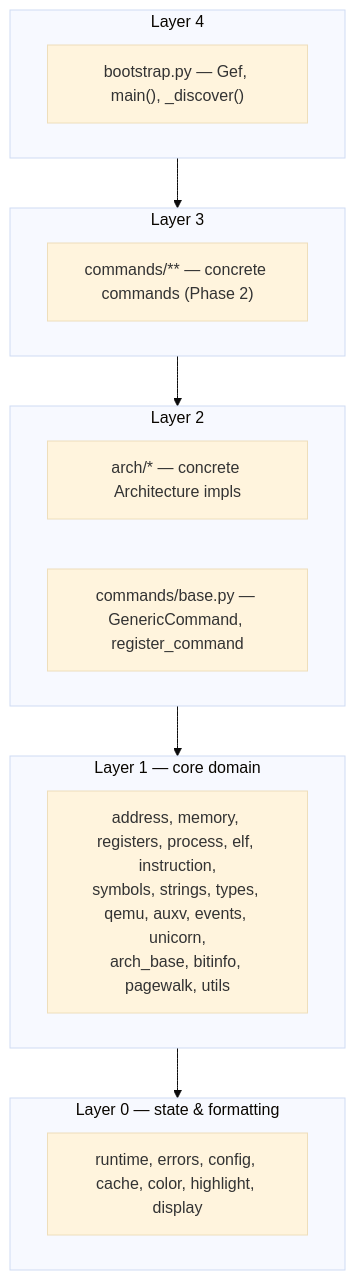
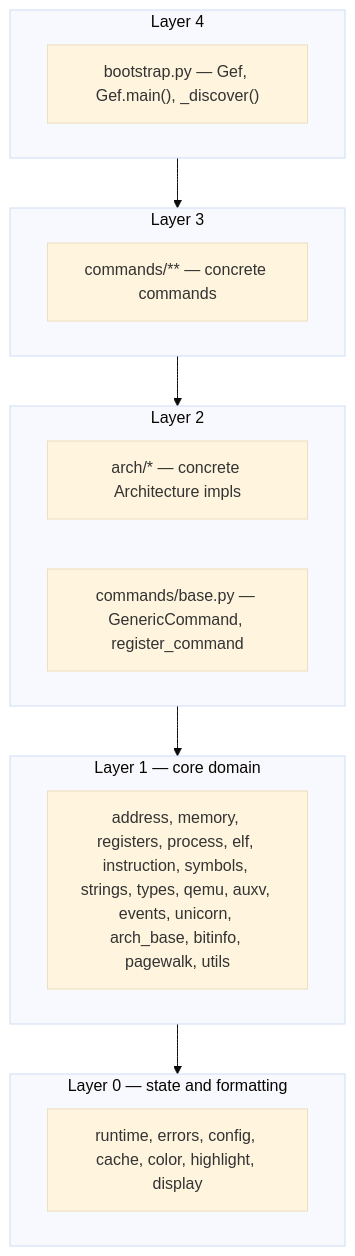
One commit to MarcoApollonio02/gef changed the diagram in docs/ARCHITECTURE.md. Above: the diagram before and after it, drawn with Mermaid (base theme). The commit also changed other lines of this file, not shown here.

Commit message:
docs(ARCHITECTURE): full rewrite for the completed modular package

````diff
--- a/docs/ARCHITECTURE.md
+++ b/docs/ARCHITECTURE.md
@@ -73,23 +127,23 @@
 ```mermaid
 flowchart TB
     subgraph L4[Layer 4]
-        bootstrap["bootstrap.py — Gef, main(), _discover()"]
+        bootstrap["bootstrap.py — Gef, Gef.main(), _discover()"]
     end
     subgraph L3[Layer 3]
-        cmds["commands/** — concrete commands (Phase 2)"]
+        cmds["commands/** — concrete commands"]
     end
     subgraph L2[Layer 2]
         arch["arch/* — concrete Architecture impls"]
         cbase["commands/base.py — GenericCommand, register_command"]
     end
     subgraph L1[Layer 1 — core domain]
-        dom["address, memory, registers, process, elf, instruction,<br/>symbols, strings, types, qemu, auxv, events, unicorn,<br/>arch_base, bitinfo, pagewalk, utils"]
+        dom["address, memory, registers, process, elf, instruction, symbols, strings, types, qemu, auxv, events, unicorn, arch_base, bitinfo, pagewalk, utils"]
     end
-    subgraph L0[Layer 0 — state & formatting]
+    subgraph L0[Layer 0 — state and formatting]
         base["runtime, errors, config, cache, color, highlight, display"]
     end
     L4 --> L3
     L3 --> L2
     L2 --> L1
     L1 --> L0
 ```
````
